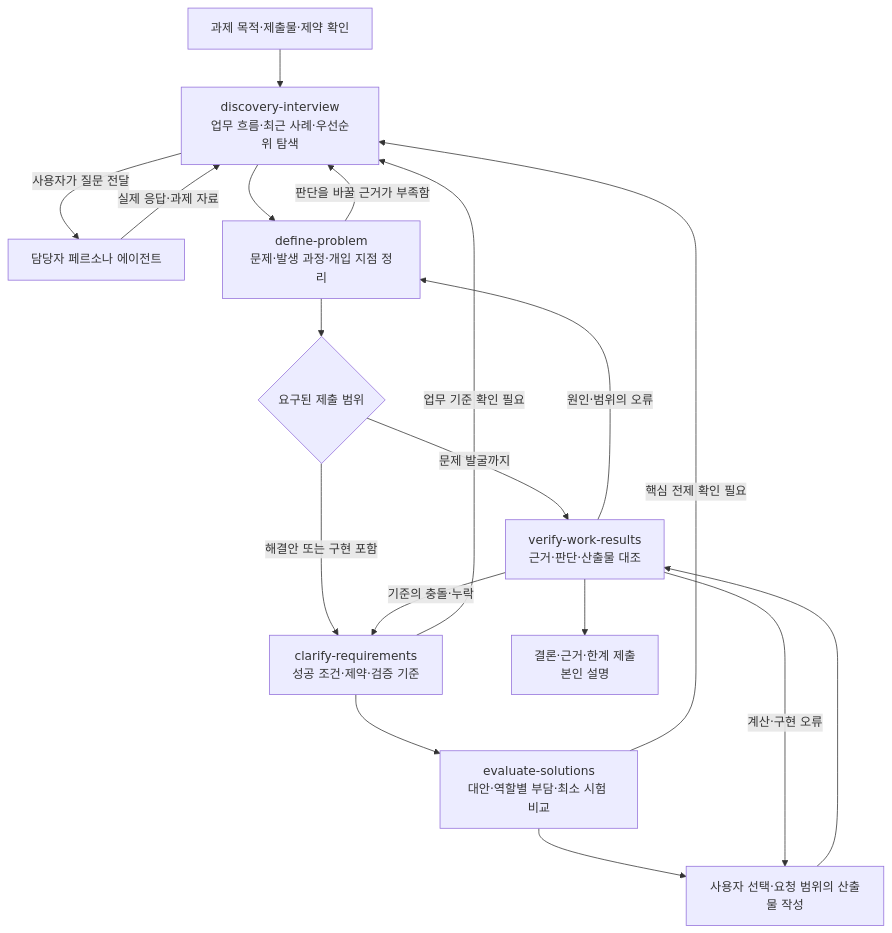
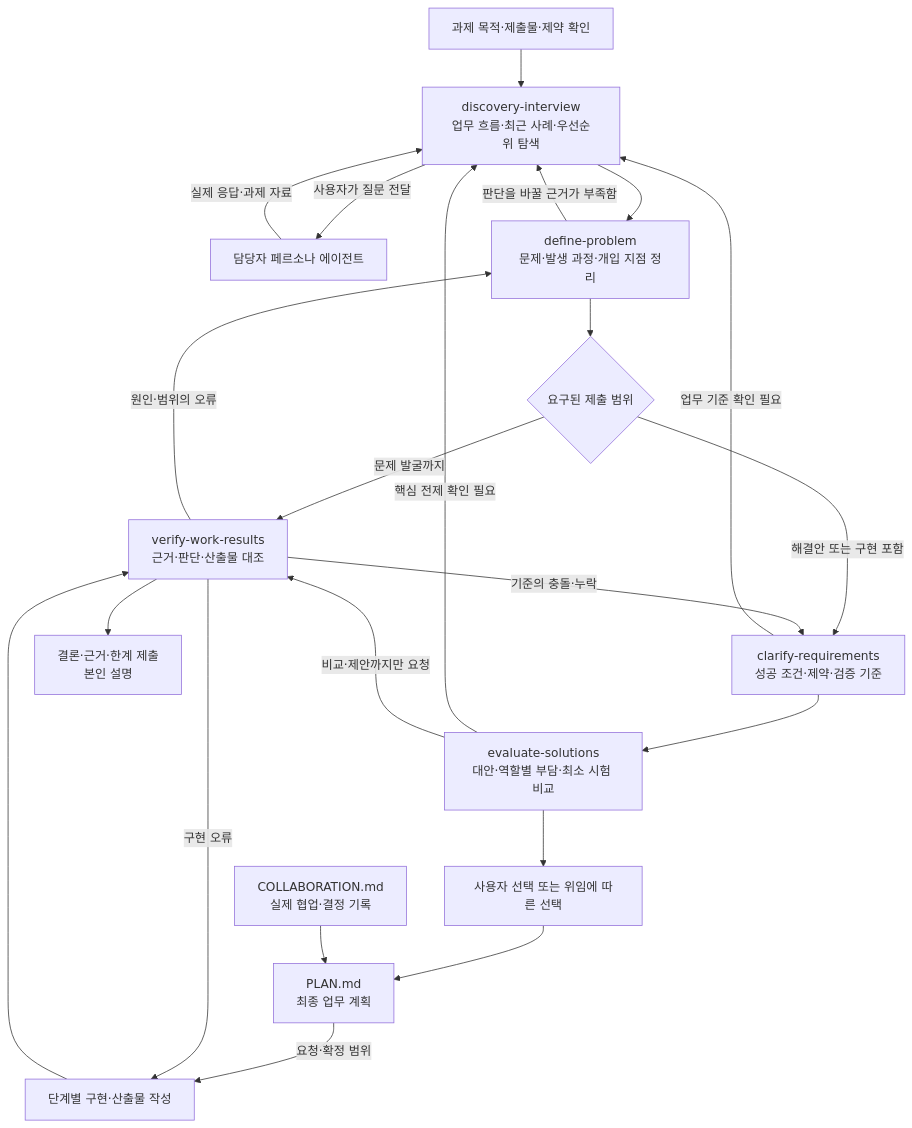
Before and after one commit to Hayden-J/product-skill-trees: the diagram in docs/skill-map.md, drawn with Mermaid. The commit also changed other lines of this file and 15 other files, not shown here.

````diff
--- a/docs/skill-map.md
+++ b/docs/skill-map.md
@@ -13,20 +13,24 @@
 ```mermaid
 flowchart TD
     A[과제 목적·제출물·제약 확인] --> I[discovery-interview<br/>업무 흐름·최근 사례·우선순위 탐색]
     P[담당자 페르소나 에이전트] -->|실제 응답·과제 자료| I
     I -->|사용자가 질문 전달| P
     I --> D[define-problem<br/>문제·발생 과정·개입 지점 정리]
     D -->|판단을 바꿀 근거가 부족함| I
     D --> G{요구된 제출 범위}
     G -->|문제 발굴까지| V[verify-work-results<br/>근거·판단·산출물 대조]
     G -->|해결안 또는 구현 포함| R[clarify-requirements<br/>성공 조건·제약·검증 기준]
     R -->|업무 기준 확인 필요| I
     R --> E[evaluate-solutions<br/>대안·역할별 부담·최소 시험 비교]
     E -->|핵심 전제 확인 필요| I
-    E --> C[사용자 선택·요청 범위의 산출물 작성]
-    C --> V
+    E -->|비교·제안까지만 요청| V
+    E --> C[사용자 선택 또는 위임에 따른 선택]
+    C --> PLAN[PLAN.md<br/>최종 업무 계획]
+    LOG[COLLABORATION.md<br/>실제 협업·결정 기록] --> PLAN
+    PLAN -->|요청·확정 범위| DEV[단계별 구현·산출물 작성]
+    DEV --> V
     V -->|원인·범위의 오류| D
     V -->|기준의 충돌·누락| R
-    V -->|계산·구현 오류| C
+    V -->|구현 오류| DEV
     V --> F[결론·근거·한계 제출<br/>본인 설명]
 ```
````
